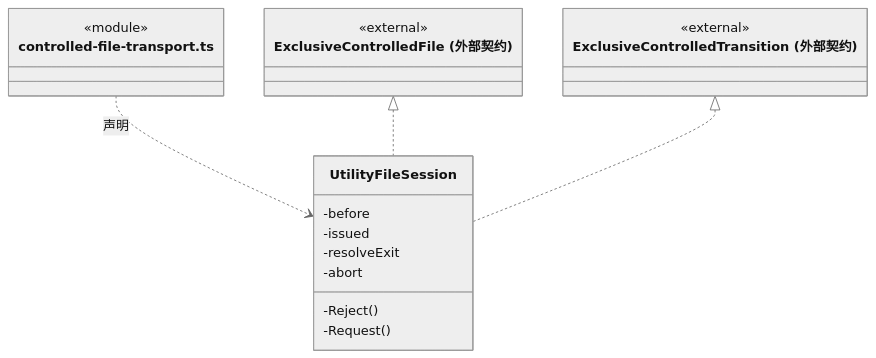
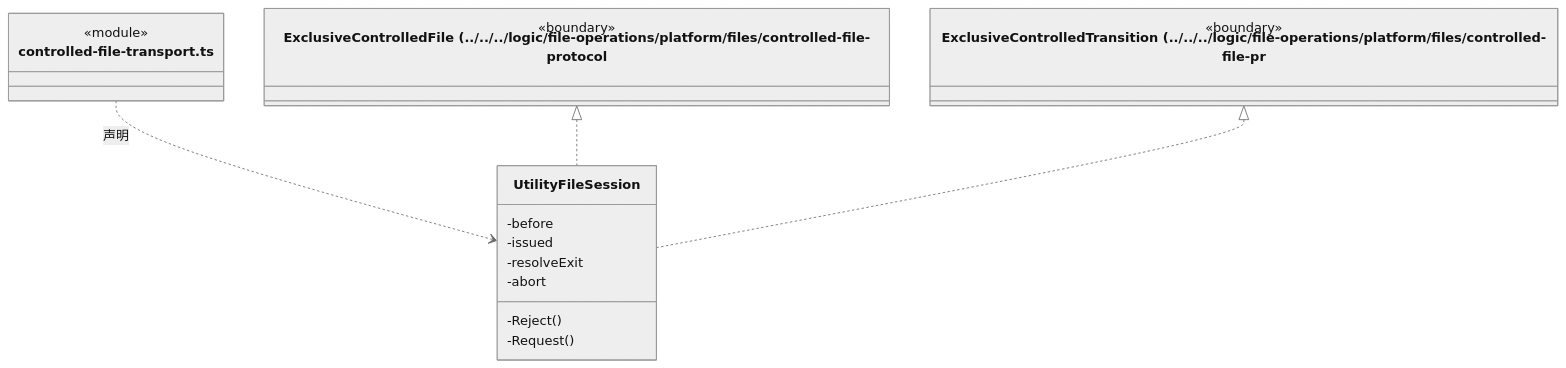
The fourth of 4 diagrams in src/bridge/server/platform/ARCHITECTURE.md (nan023062/cbim), drawn with Mermaid (neutral theme) before and after one commit. The commit also changed other lines of this file and 112 other files, not shown here.

Commit message:
docs: align source architecture with current declarations and contracts

````diff
--- a/src/bridge/server/platform/ARCHITECTURE.md
+++ b/src/bridge/server/platform/ARCHITECTURE.md
@@ -122,23 +122,23 @@
 ```mermaid
 classDiagram
 class N_src_bridge_server_platform_controlled_file_transport_ts["controlled-file-transport.ts"] {
   <<module>>
 }
 class N_src_bridge_server_platform_controlled_file_transport_ts_UtilityFileSession["UtilityFileSession"] {
   -before
   -issued
   -resolveExit
   -abort
   -Reject()
   -Request()
 }
 N_src_bridge_server_platform_controlled_file_transport_ts ..> N_src_bridge_server_platform_controlled_file_transport_ts_UtilityFileSession : 声明
-class N_src_bridge_server_platform_controlled_file_transport_ts_external_ExclusiveControlledFile["ExclusiveControlledFile (外部契约)"] {
-  <<external>>
+class N_src_bridge_server_platform_controlled_file_transport_ts_external_ExclusiveControlledFile["ExclusiveControlledFile (../../../logic/file-operations/platform/files/controlled-file-protocol"] {
+  <<boundary>>
 }
 N_src_bridge_server_platform_controlled_file_transport_ts_external_ExclusiveControlledFile <|.. N_src_bridge_server_platform_controlled_file_transport_ts_UtilityFileSession
-class N_src_bridge_server_platform_controlled_file_transport_ts_external_ExclusiveControlledTransition["ExclusiveControlledTransition (外部契约)"] {
-  <<external>>
+class N_src_bridge_server_platform_controlled_file_transport_ts_external_ExclusiveControlledTransition["ExclusiveControlledTransition (../../../logic/file-operations/platform/files/controlled-file-pr"] {
+  <<boundary>>
 }
 N_src_bridge_server_platform_controlled_file_transport_ts_external_ExclusiveControlledTransition <|.. N_src_bridge_server_platform_controlled_file_transport_ts_UtilityFileSession
 ```
````
